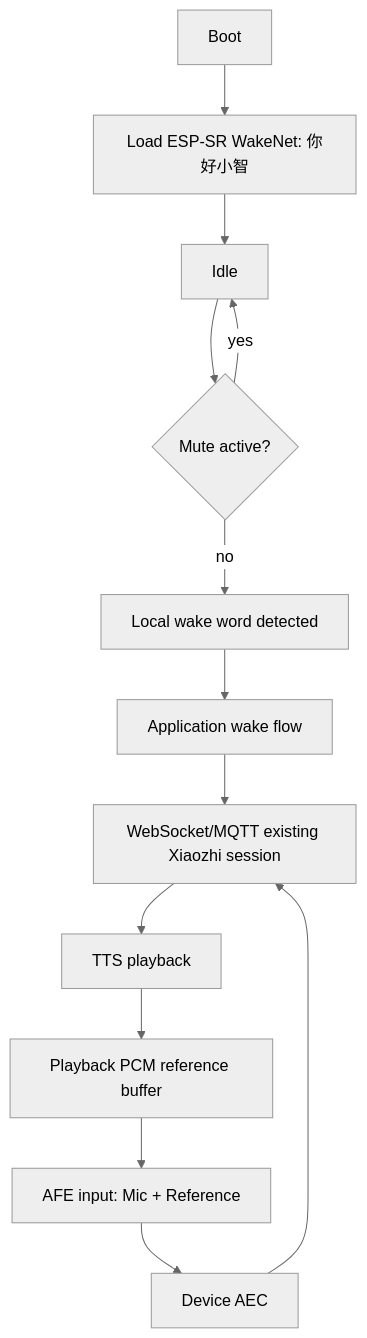
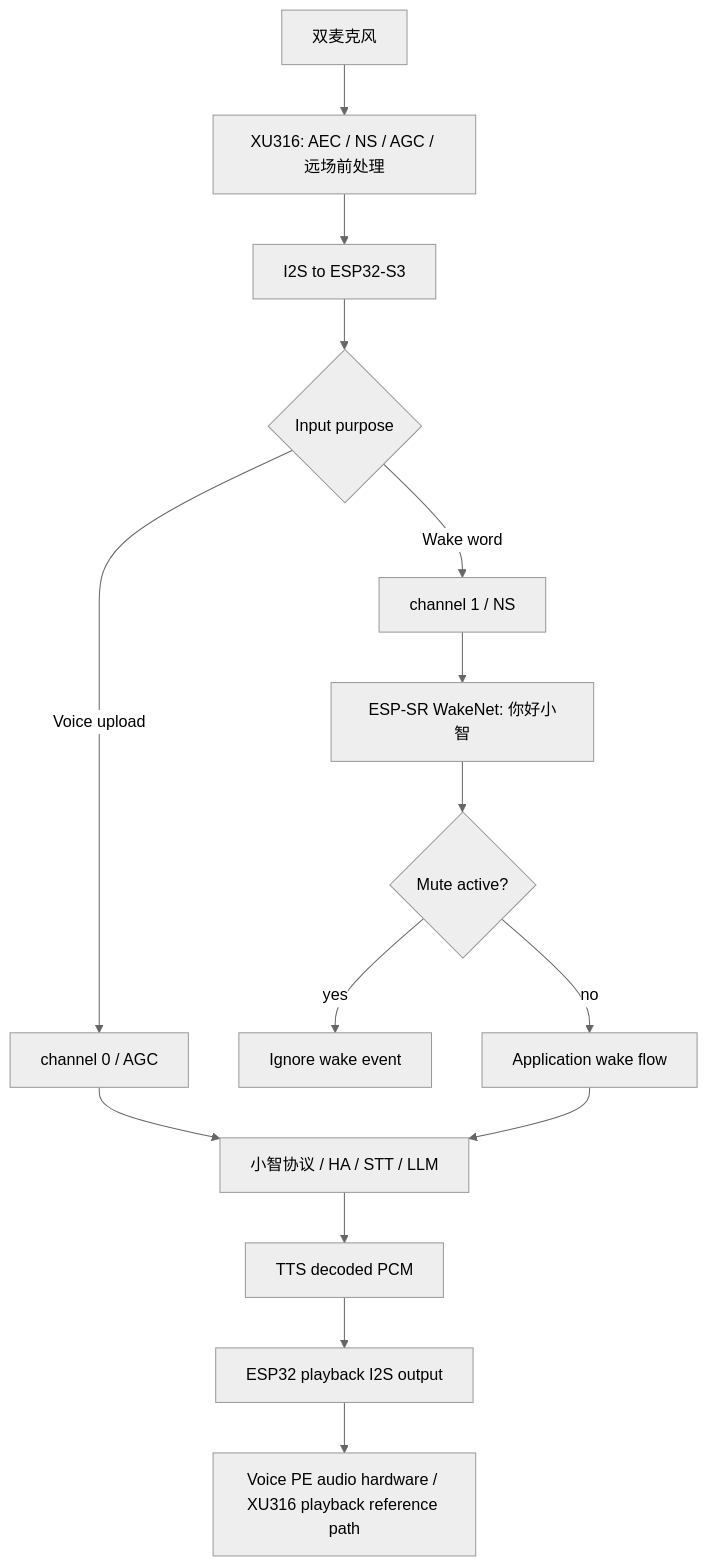
One commit to kaattz/xiaozhi-esp32 changed the diagram in specs/006-spec-voice-pe-wake-aec.md. Above: the diagram before and after it, drawn with Mermaid (neutral theme). The commit also changed other lines of this file and 12 other files, not shown here.

````diff
--- a/specs/006-spec-voice-pe-wake-aec.md
+++ b/specs/006-spec-voice-pe-wake-aec.md
@@ -25,15 +29,17 @@
 ```mermaid
 flowchart TD
-    A["Boot"] --> B["Load ESP-SR WakeNet: 你好小智"]
-    B --> C["Idle"]
-    C --> D{"Mute active?"}
-    D -->|yes| C
-    D -->|no| E["Local wake word detected"]
-    E --> F["Application wake flow"]
-    F --> G["WebSocket/MQTT existing Xiaozhi session"]
-    G --> H["TTS playback"]
-    H --> I["Playback PCM reference buffer"]
-    I --> J["AFE input: Mic + Reference"]
-    J --> K["Device AEC"]
-    K --> G
+    A["双麦克风"] --> B["XU316: AEC / NS / AGC / 远场前处理"]
+    B --> C["I2S to ESP32-S3"]
+    C --> D{"Input purpose"}
+    D -->|Wake word| E["channel 1 / NS"]
+    D -->|Voice upload| F["channel 0 / AGC"]
+    E --> G["ESP-SR WakeNet: 你好小智"]
+    G --> H{"Mute active?"}
+    H -->|yes| I["Ignore wake event"]
+    H -->|no| J["Application wake flow"]
+    F --> K["小智协议 / HA / STT / LLM"]
+    J --> K
+    K --> L["TTS decoded PCM"]
+    L --> M["ESP32 playback I2S output"]
+    M --> N["Voice PE audio hardware / XU316 playback reference path"]
 ```
````
